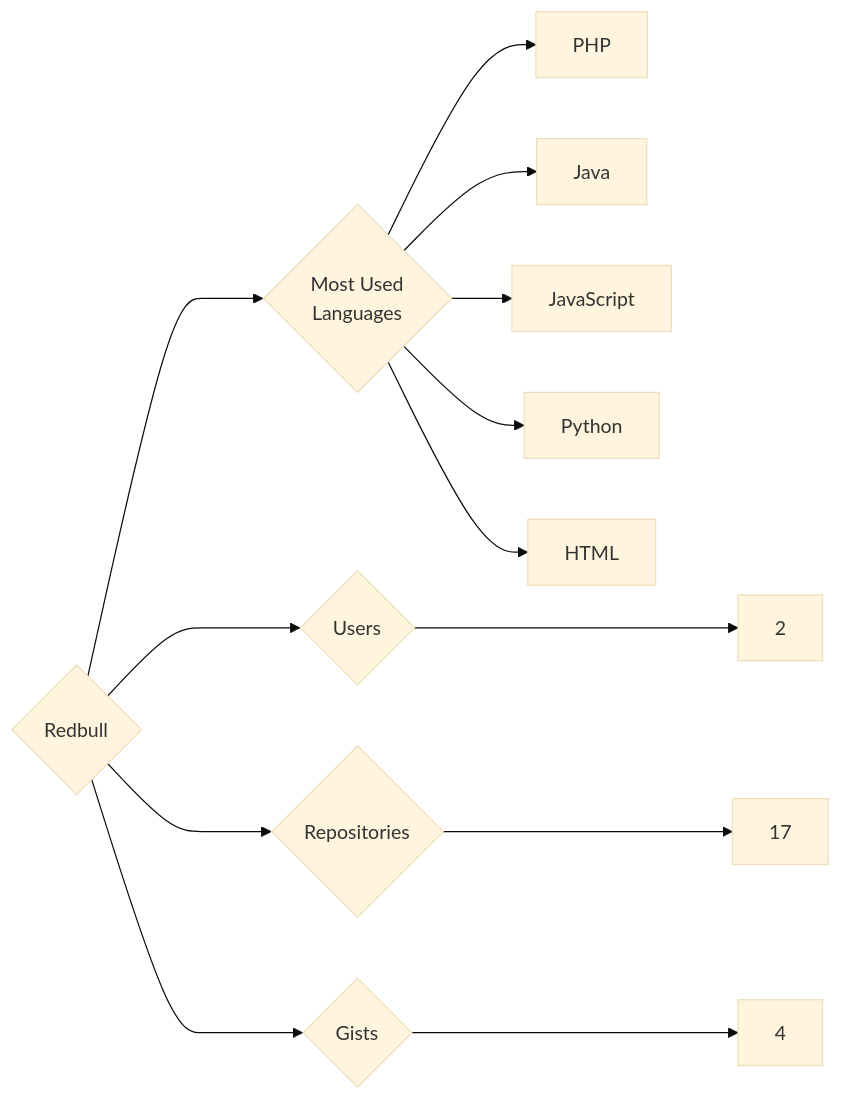
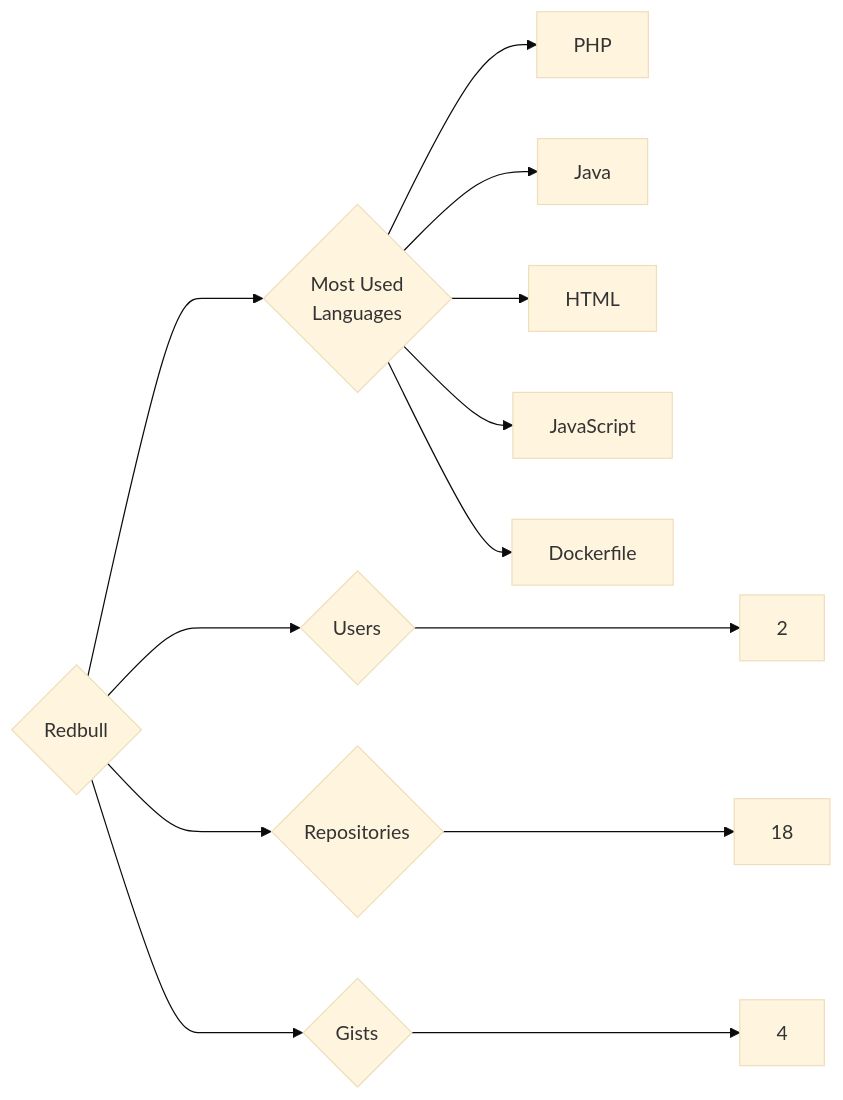
Before and after one commit to trickest/insiders: the diagram in targets/Redbull/README.md, drawn with Mermaid (base theme). The commit also changed 877 other files, not shown here.

````diff
--- a/targets/Redbull/README.md
+++ b/targets/Redbull/README.md
@@ -3,13 +3,13 @@
 ```mermaid
 graph LR
 COMPANY_NAME{Redbull}
 COMPANY_NAME ---> U{Users} ---> UN[2]
-COMPANY_NAME ---> R{Repositories} ---> RN[17]
+COMPANY_NAME ---> R{Repositories} ---> RN[18]
 COMPANY_NAME ---> G{Gists} ---> GN[4]
 COMPANY_NAME ---> ML{Most Used<br>Languages}
 ML --> PHP[PHP]
 ML --> Java[Java]
+ML --> HTML[HTML]
 ML --> JavaScript[JavaScript]
-ML --> Python[Python]
-ML --> HTML[HTML]
+ML --> Dockerfile[Dockerfile]
 ```
````
